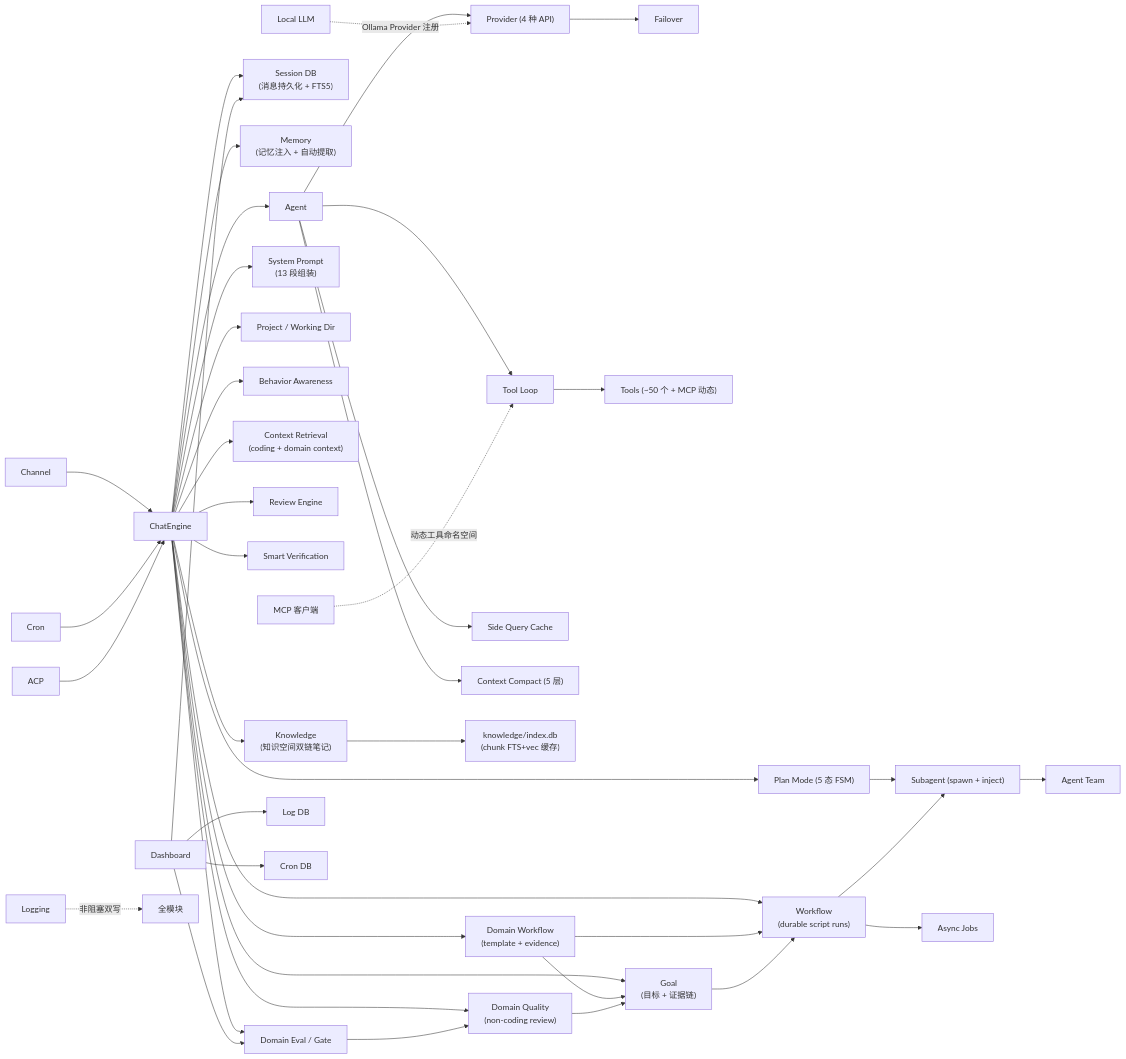
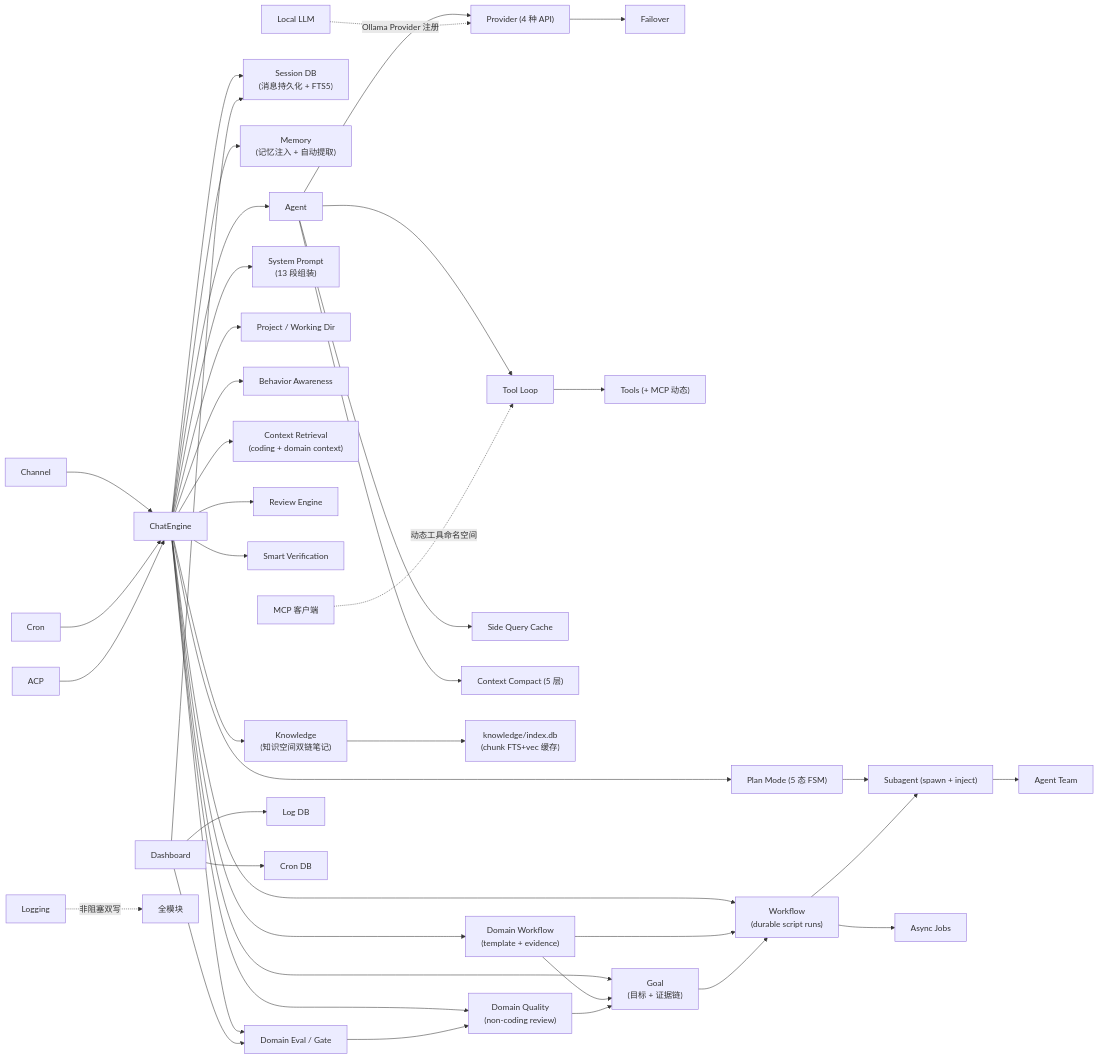
Before and after one commit to shiwenwen/hope-agent: the fourth of 4 diagrams in docs/architecture/overview.md, drawn with Mermaid. The commit also changed other lines of this file, not shown here.

````diff
--- a/docs/architecture/overview.md
+++ b/docs/architecture/overview.md
@@ -143,48 +143,48 @@
 ```mermaid
 graph LR
     ChatEngine["ChatEngine"] --> Agent["Agent"]
     Agent --> Provider["Provider (4 种 API)"]
     Provider --> Failover["Failover"]
     Agent --> ToolLoop["Tool Loop"]
-    ToolLoop --> Tools["Tools (~50 个 + MCP 动态)"]
+    ToolLoop --> Tools["Tools (+ MCP 动态)"]
     Agent --> SideQuery["Side Query Cache"]
     Agent --> ContextCompact["Context Compact (5 层)"]
 
     ChatEngine --> SessionDB["Session DB<br/>(消息持久化 + FTS5)"]
     ChatEngine --> Memory["Memory<br/>(记忆注入 + 自动提取)"]
     ChatEngine --> Knowledge["Knowledge<br/>(知识空间双链笔记)"]
     Knowledge --> KbIndex["knowledge/index.db<br/>(chunk FTS+vec 缓存)"]
     ChatEngine --> SystemPrompt["System Prompt<br/>(13 段组装)"]
     ChatEngine --> ProjectCtx["Project / Working Dir"]
     ChatEngine --> Awareness["Behavior Awareness"]
     ChatEngine --> PlanMode["Plan Mode (5 态 FSM)"]
     ChatEngine --> Goal["Goal<br/>(目标 + 证据链)"]
     ChatEngine --> Workflow["Workflow<br/>(durable script runs)"]
     ChatEngine --> ContextRetrieval["Context Retrieval<br/>(coding + domain context)"]
     ChatEngine --> Review["Review Engine"]
     ChatEngine --> Verification["Smart Verification"]
     ChatEngine --> DomainWorkflow["Domain Workflow<br/>(template + evidence)"]
     ChatEngine --> DomainQuality["Domain Quality<br/>(non-coding review)"]
     ChatEngine --> DomainEval["Domain Eval / Gate"]
     DomainWorkflow --> Goal
     DomainWorkflow --> Workflow
     DomainQuality --> Goal
     DomainEval --> DomainQuality
     PlanMode --> Subagent["Subagent (spawn + inject)"]
     Goal --> Workflow
     Workflow --> Subagent
     Workflow --> AsyncJobs["Async Jobs"]
     Subagent --> Team["Agent Team"]
 
     Channel["Channel"] --> ChatEngine
     Cron["Cron"] --> ChatEngine
     ACP["ACP"] --> ChatEngine
     LocalLLM["Local LLM"] -.->|"Ollama Provider 注册"| Provider
     MCP["MCP 客户端"] -.->|"动态工具命名空间"| ToolLoop
     Dashboard["Dashboard"] --> SessionDB
     Dashboard --> LogDB["Log DB"]
     Dashboard --> CronDB["Cron DB"]
     Dashboard --> DomainEval
     Logging["Logging"] -.->|"非阻塞双写"| AllModules["全模块"]
 
 ```
````
